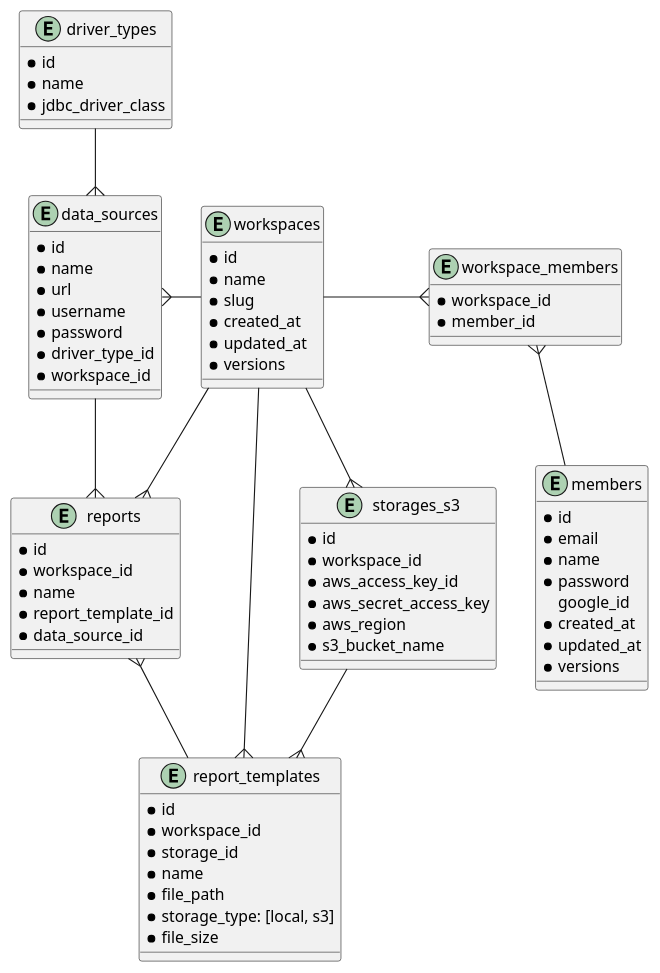
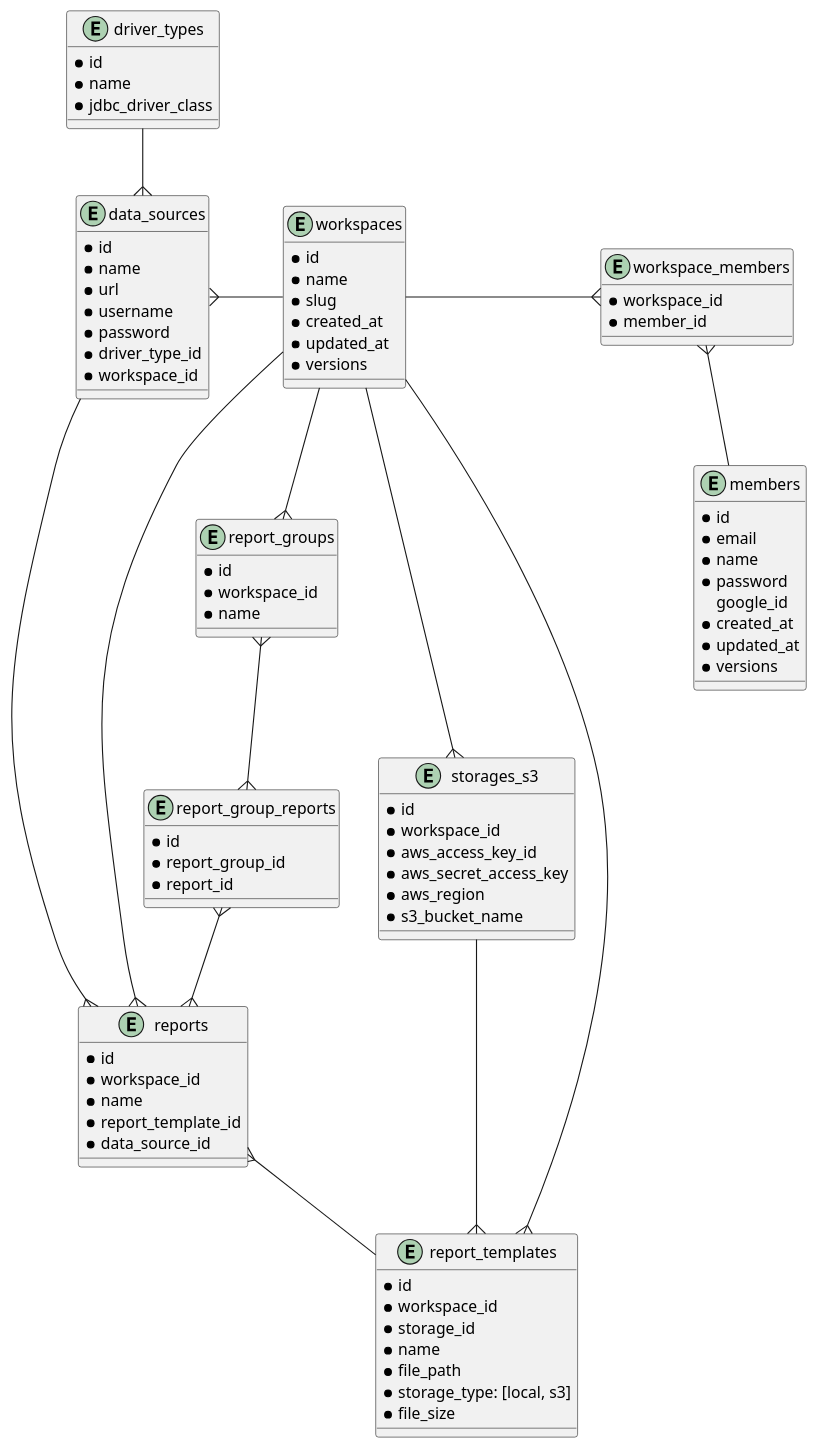
One commit to ijufumi/openreports-api changed the diagram in docs/db/diagram.puml. Above: the diagram before and after it, drawn with PlantUML.

Commit message:
feat: add report_groups table

```diff
--- a/docs/db/diagram.puml
+++ b/docs/db/diagram.puml
@@ -1,82 +1,97 @@
 @startuml
 
 entity members {
   * id
   * email
   * name
   * password
     google_id
   * created_at
   * updated_at
   * versions
 }
 
 entity workspaces {
   * id
   * name
   * slug
   * created_at
   * updated_at
   * versions
 }
 
 entity workspace_members {
   * workspace_id
   * member_id
 }
 
 entity data_sources {
   * id
   * name
   * url
   * username
   * password
   * driver_type_id
   * workspace_id
 }
 
 entity driver_types {
   * id
   * name
   * jdbc_driver_class
 }
 
 entity reports {
   * id
   * workspace_id
   * name
   * report_template_id
   * data_source_id
 }
 
 entity report_templates {
   * id
   * workspace_id
   * storage_id
   * name
   * file_path
   * storage_type: [local, s3]
   * file_size
 }
 
+entity report_groups {
+  * id
+  * workspace_id
+  * name
+}
+
+entity report_group_reports {
+  * id
+  * report_group_id
+  * report_id
+}
+
 entity storages_s3 {
   * id
   * workspace_id
   * aws_access_key_id
   * aws_secret_access_key
   * aws_region
   * s3_bucket_name
 }
 
 workspaces --r{ workspace_members
 workspace_members }-- members
 workspaces --l{ data_sources
 workspaces --{ reports
 workspaces --{ report_templates
+workspaces --{ report_groups
 reports }-- report_templates
+report_groups }--{ report_group_reports
+report_group_reports }--{ reports
 driver_types --{ data_sources
 data_sources --{ reports
 workspaces --{ storages_s3
 storages_s3 --{ report_templates
 
 @enduml
```
